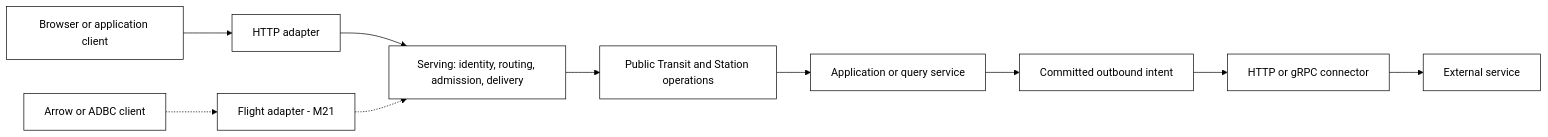
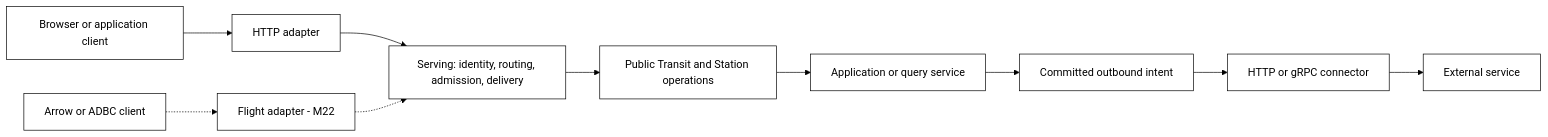
One commit to spoke-sh/transit changed the diagram in docs/SERVING.md. Above: the diagram before and after it, drawn with Mermaid. The commit also changed other lines of this file and 51 other files, not shown here.

Commit message:
docs(roadmap): separate reactive APIs from interface consumers

````diff
--- a/docs/SERVING.md
+++ b/docs/SERVING.md
@@ -35,13 +36,13 @@
 ```mermaid
 %%{init: {'theme': 'base', 'themeVariables': {'primaryColor': '#ffffff', 'primaryTextColor': '#000000', 'primaryBorderColor': '#000000', 'lineColor': '#000000', 'secondaryColor': '#ffffff', 'tertiaryColor': '#ffffff'}}}%%
 flowchart LR
     Client[Browser or application client] --> HTTP[HTTP adapter]
-    Arrow[Arrow or ADBC client] -.-> Flight[Flight adapter - M21]
+    Arrow[Arrow or ADBC client] -.-> Flight[Flight adapter - M22]
     HTTP --> Serving[Serving: identity, routing, admission, delivery]
     Flight -.-> Serving
     Serving --> Public[Public Transit and Station operations]
     Public --> Service[Application or query service]
     Service --> Intent[Committed outbound intent]
     Intent --> Connector[HTTP or gRPC connector]
     Connector --> Remote[External service]
 ```
````
